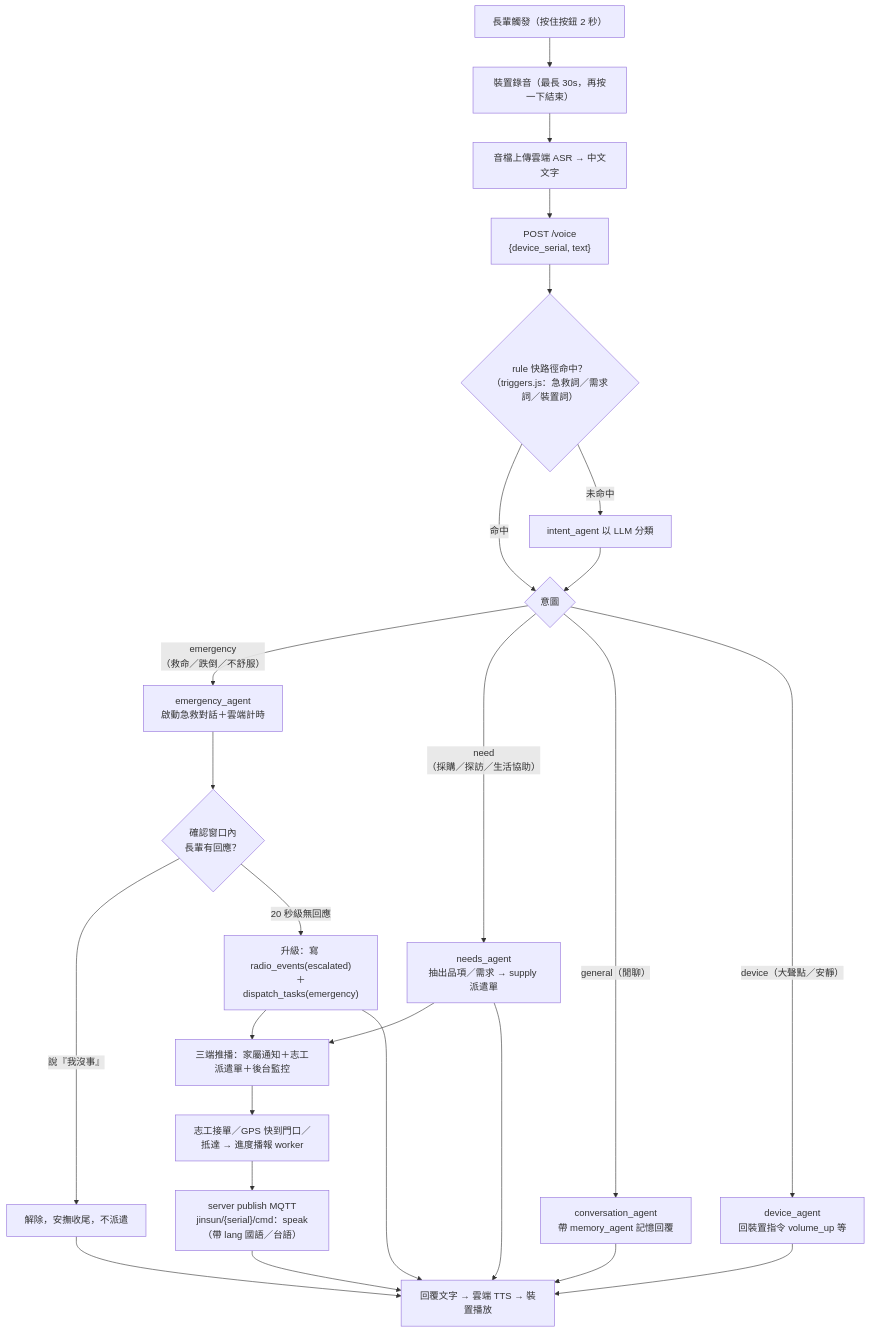
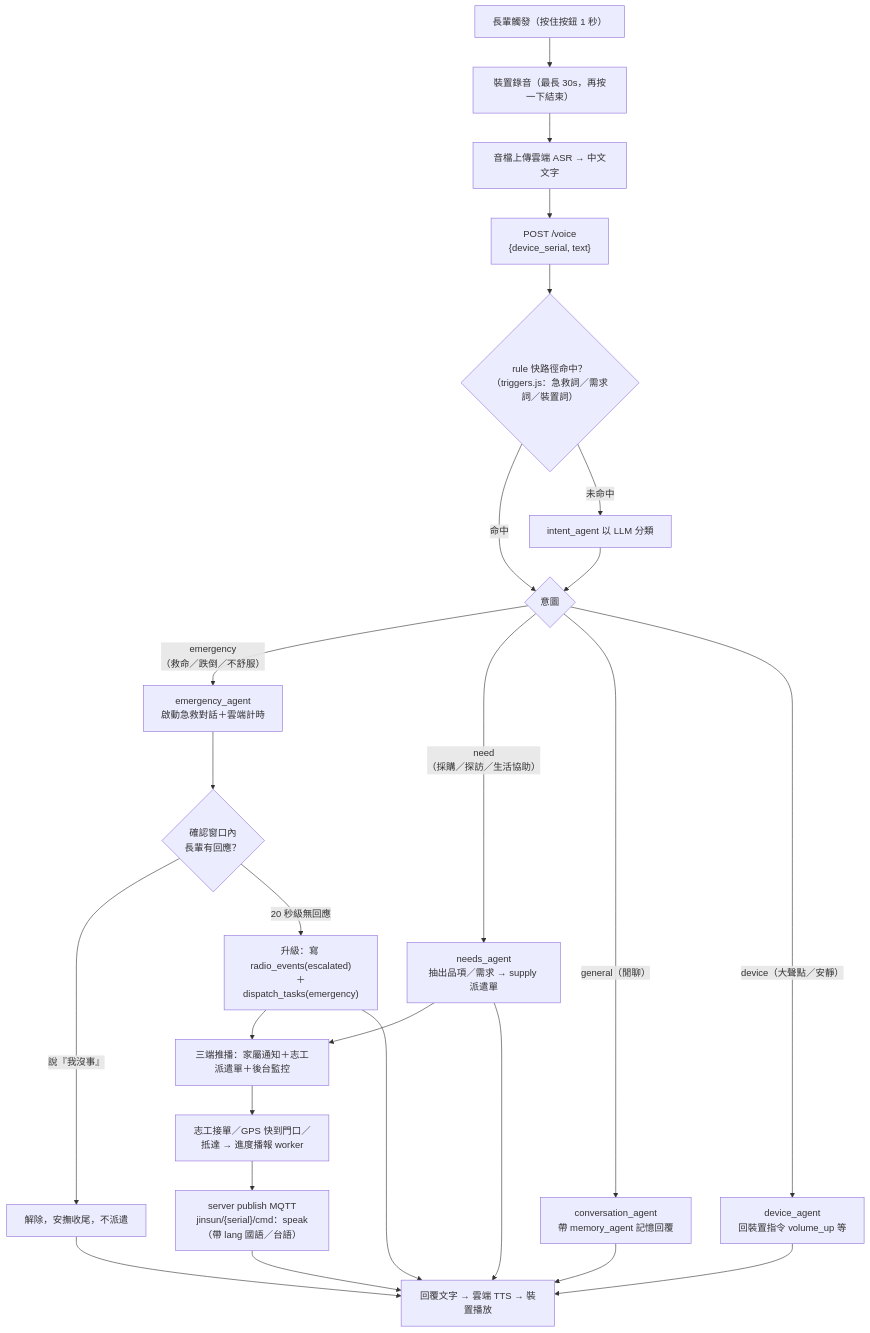
One commit to jinsun-radio/jinsunRadio changed the second of 5 diagrams in docs/requirements/voice-agent-a2a-flow.md. Above: the diagram before and after it, drawn with Mermaid. The commit also changed other lines of this file and 3 other files, not shown here.

````diff
--- a/docs/requirements/voice-agent-a2a-flow.md
+++ b/docs/requirements/voice-agent-a2a-flow.md
@@ -54,32 +54,32 @@
 ```mermaid
 flowchart TD
-    A["長輩觸發（按住按鈕 2 秒）"] --> B["裝置錄音（最長 30s，再按一下結束）"]
+    A["長輩觸發（按住按鈕 1 秒）"] --> B["裝置錄音（最長 30s，再按一下結束）"]
     B --> C["音檔上傳雲端 ASR → 中文文字"]
     C --> D["POST /voice<br/>{device_serial, text}"]
     D --> E{"rule 快路徑命中？<br/>（triggers.js：急救詞／需求詞／裝置詞）"}
     E -- "命中" --> G
     E -- "未命中" --> F["intent_agent 以 LLM 分類"]
     F --> G{"意圖"}
 
     G -- "emergency<br/>（救命／跌倒／不舒服）" --> H["emergency_agent<br/>啟動急救對話＋雲端計時"]
     H --> H1{"確認窗口內<br/>長輩有回應？"}
     H1 -- "說『我沒事』" --> H2["解除，安撫收尾，不派遣"]
     H1 -- "20 秒級無回應" --> H3["升級：寫 radio_events(escalated)<br/>＋dispatch_tasks(emergency)"]
     H3 --> P["三端推播：家屬通知＋志工派遣單＋後台監控"]
 
     G -- "need<br/>（採購／探訪／生活協助）" --> I["needs_agent<br/>抽出品項／需求 → supply 派遣單"]
     I --> P
 
     G -- "general（閒聊）" --> J["conversation_agent<br/>帶 memory_agent 記憶回覆"]
     G -- "device（大聲點／安靜）" --> K["device_agent<br/>回裝置指令 volume_up 等"]
 
     P --> Q["志工接單／GPS 快到門口／抵達 → 進度播報 worker"]
     Q --> R["server publish MQTT<br/>jinsun/{serial}/cmd：speak（帶 lang 國語／台語）"]
 
     H2 --> S["回覆文字 → 雲端 TTS → 裝置播放"]
     H3 --> S
     I --> S
     J --> S
     K --> S
     R --> S
 ```
````
